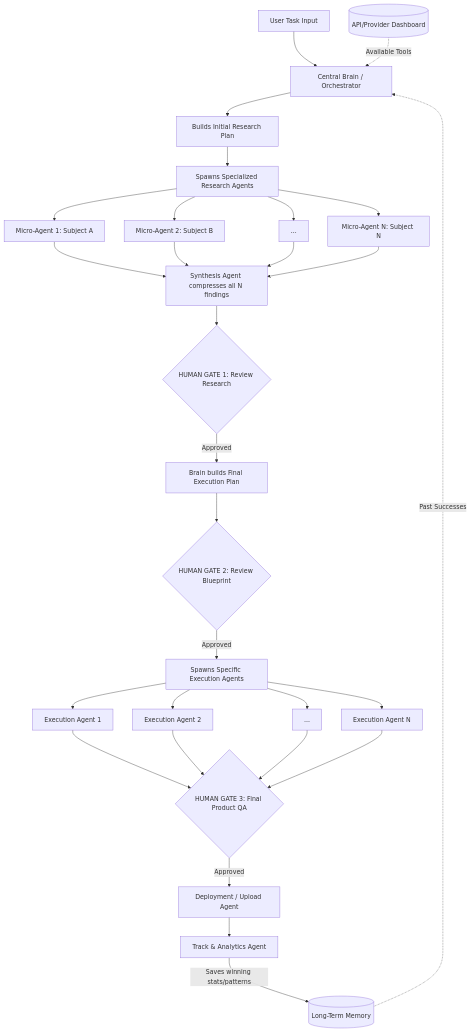
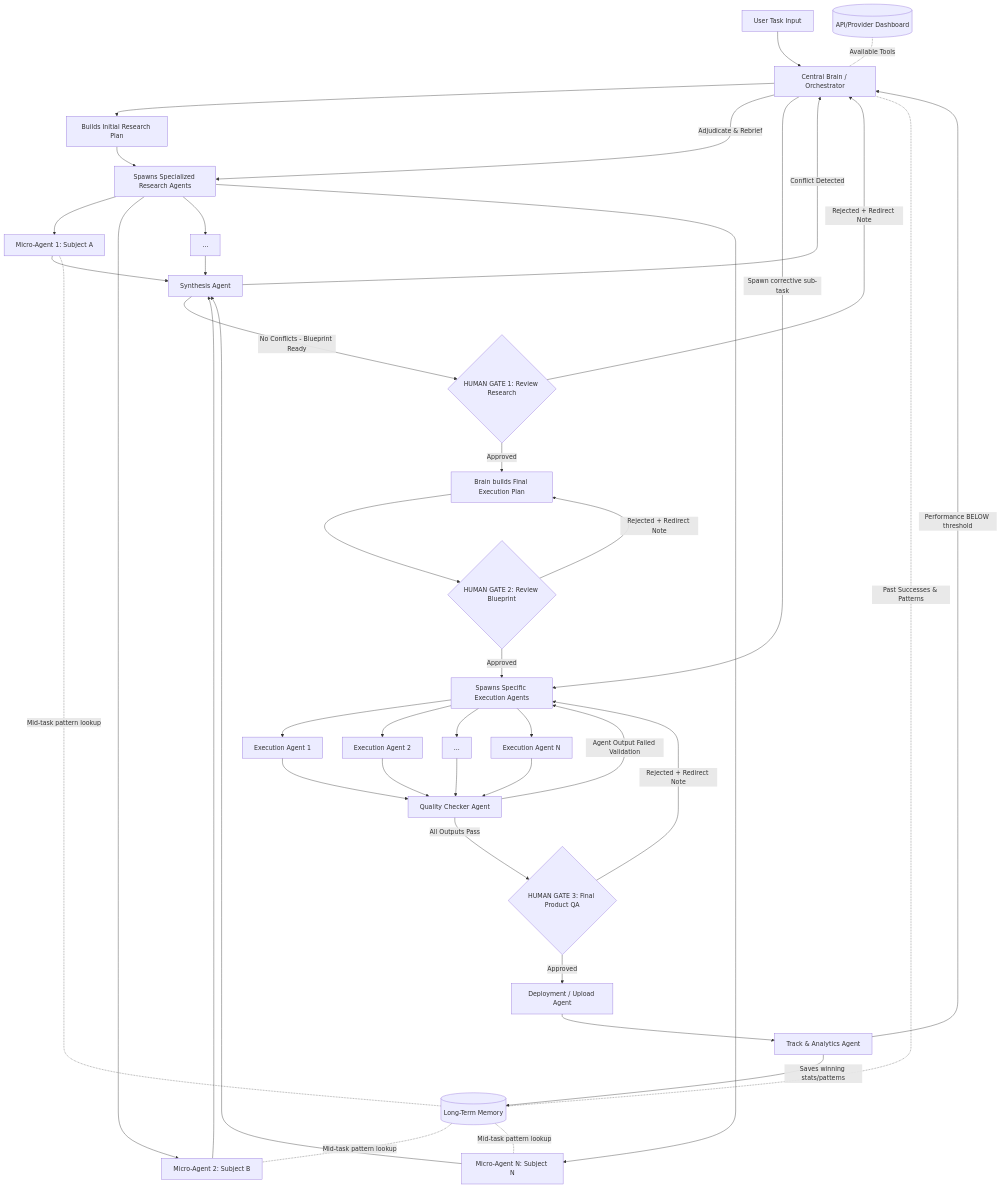
One commit to Charalambos77/Jarvis-AI-Assistant changed the diagram in Implementation Plans/Jarvis-multi-agent.md. Above: the diagram before and after it, drawn with Mermaid. The commit also changed other lines of this file and 8 other files, not shown here.

````diff
--- a/Implementation Plans/Jarvis-multi-agent.md
+++ b/Implementation Plans/Jarvis-multi-agent.md
@@ -18,40 +27,57 @@
 ```mermaid
 graph TD
     %% Phase 1: Initiation
     Input[User Task Input] --> Brain[Central Brain / Orchestrator]
-    Memory[(Long-Term Memory)] -.->|Past Successes| Brain
-    Dashboard[(API/Provider Dashboard)] -.->|Available Tools| Brain
-    
+    Memory[(Long-Term Memory)] -.-|Past Successes & Patterns| Brain
+    Dashboard[(API/Provider Dashboard)] -.-|Available Tools| Brain
+
     Brain --> InitialPlan[Builds Initial Research Plan]
     InitialPlan --> SpawnRes[Spawns Specialized Research Agents]
-    
-    %% Phase 2: Parallel Micro-Research (Dynamic N-Agents)
+
+    %% Phase 2: Parallel Micro-Research + Bidirectional Memory [FIX #5]
     SpawnRes --> R1[Micro-Agent 1: Subject A]
     SpawnRes --> R2[Micro-Agent 2: Subject B]
     SpawnRes --> R_Dots[...]
     SpawnRes --> RN[Micro-Agent N: Subject N]
-    
-    %% NEW: Synthesis Modification
-    R1 & R2 & R_Dots & RN --> Synth[Synthesis Agent compresses all N findings]
-    
-    %% Phase 3: Gate 1
-    Synth --> Gate1{HUMAN GATE 1: Review Research}
-    
-    %% Phase 4: Execution Planning & Gate 2
+
+    Memory -.-|Mid-task pattern lookup| R1
+    Memory -.-|Mid-task pattern lookup| R2
+    Memory -.-|Mid-task pattern lookup| RN
+
+    %% Phase 3: Synthesis with Conflict Detection [FIX #3]
+    R1 & R2 & R_Dots & RN --> Synth[Synthesis Agent]
+    Synth -->|Conflict Detected| Brain
+    Brain -->|Adjudicate & Rebrief| SpawnRes
+    Synth -->|No Conflicts - Blueprint Ready| Gate1
+
+    %% Phase 4: Gate 1 with Rejection Path [FIX #2]
+    Gate1{HUMAN GATE 1: Review Research}
+    Gate1 -->|Rejected + Redirect Note| Brain
     Gate1 -->|Approved| SecondPlan[Brain builds Final Execution Plan]
+
+    %% Phase 5: Gate 2 with Rejection Path [FIX #2]
     SecondPlan --> Gate2{HUMAN GATE 2: Review Blueprint}
-    
-    %% Phase 5: Execution Spawning (Dynamic N-Agents)
+    Gate2 -->|Rejected + Redirect Note| SecondPlan
     Gate2 -->|Approved| SpawnExec[Spawns Specific Execution Agents]
+
+    %% Phase 6: Execution + Quality Check [FIX #4]
     SpawnExec --> E1[Execution Agent 1]
     SpawnExec --> E2[Execution Agent 2]
     SpawnExec --> E_Dots[...]
     SpawnExec --> EN[Execution Agent N]
-    
-    E1 & E2 & E_Dots & EN --> Gate3{HUMAN GATE 3: Final Product QA}
-    
-    %% Phase 6: Deployment & Memory
+
+    E1 & E2 & E_Dots & EN --> QA[Quality Checker Agent]
+    QA -->|Agent Output Failed Validation| SpawnExec
+    QA -->|All Outputs Pass| Gate3
+
+    %% Phase 7: Gate 3 with Rejection Path [FIX #2]
+    Gate3{HUMAN GATE 3: Final Product QA}
+    Gate3 -->|Rejected + Redirect Note| SpawnExec
     Gate3 -->|Approved| Deploy[Deployment / Upload Agent]
+
+    %% Phase 8: Closed-Loop Tracking [FIX #6]
     Deploy --> Track[Track & Analytics Agent]
     Track -->|Saves winning stats/patterns| Memory
+    Track -->|Performance BELOW threshold| Brain
+    Brain -->|Spawn corrective sub-task| SpawnExec
 ```
````
